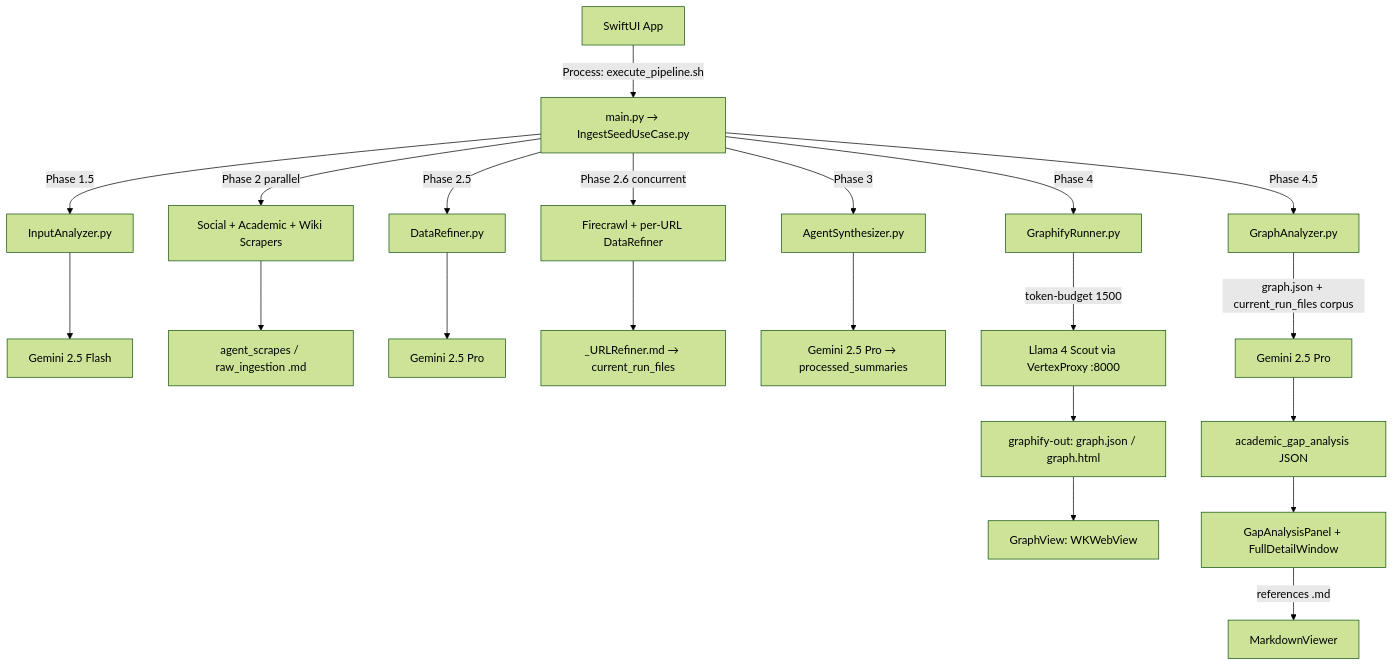
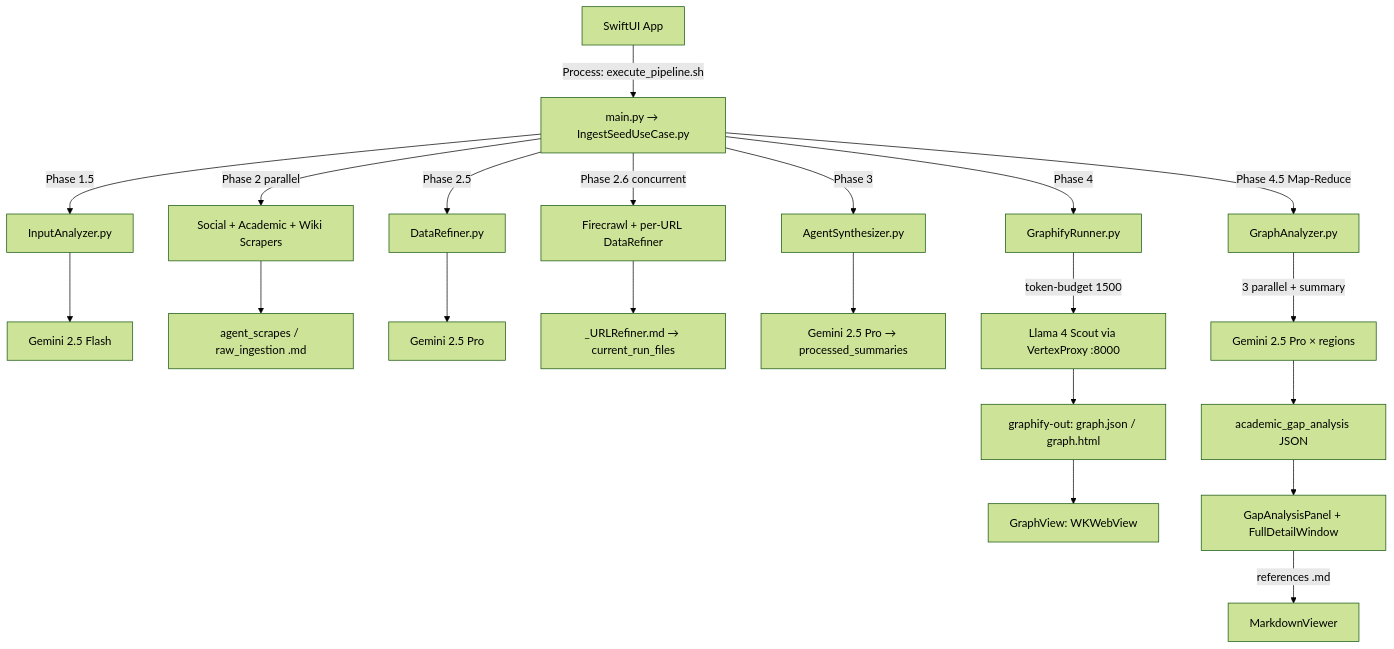
Before and after one commit to sethum-VS/ResearchBot: the diagram in ResearchGraphApp/PROJECT_SPEC.md, drawn with Mermaid (forest theme). The commit also changed other lines of this file and 10 other files, not shown here.

First line of the commit message:
fix: align pipeline bridge contract, corpus isolation, and graph verification

````diff
--- a/ResearchGraphApp/PROJECT_SPEC.md
+++ b/ResearchGraphApp/PROJECT_SPEC.md
@@ -47,31 +47,31 @@
 ```mermaid
 graph TD
     A[SwiftUI App] -->|Process: execute_pipeline.sh| B[main.py → IngestSeedUseCase.py]
 
     B -->|Phase 1.5| C[InputAnalyzer.py]
     C --> D[Gemini 2.5 Flash]
 
     B -->|Phase 2 parallel| E[Social + Academic + Wiki Scrapers]
     E --> F[agent_scrapes / raw_ingestion .md]
 
     B -->|Phase 2.5| G[DataRefiner.py]
     G --> H[Gemini 2.5 Pro]
 
     B -->|Phase 2.6 concurrent| I[Firecrawl + per-URL DataRefiner]
     I --> J[_URLRefiner.md → current_run_files]
 
     B -->|Phase 3| K[AgentSynthesizer.py]
     K --> L[Gemini 2.5 Pro → processed_summaries]
 
     B -->|Phase 4| M[GraphifyRunner.py]
     M -->|token-budget 1500| N[Llama 4 Scout via VertexProxy :8000]
     N --> O[graphify-out: graph.json / graph.html]
 
-    B -->|Phase 4.5| P[GraphAnalyzer.py]
-    P -->|graph.json + current_run_files corpus| Q[Gemini 2.5 Pro]
+    B -->|Phase 4.5 Map-Reduce| P[GraphAnalyzer.py]
+    P -->|3 parallel + summary| Q[Gemini 2.5 Pro × regions]
     Q --> R[academic_gap_analysis JSON]
 
     O --> S[GraphView: WKWebView]
     R --> T[GapAnalysisPanel + FullDetailWindow]
     T -->|references .md| U[MarkdownViewer]
 ```
````
